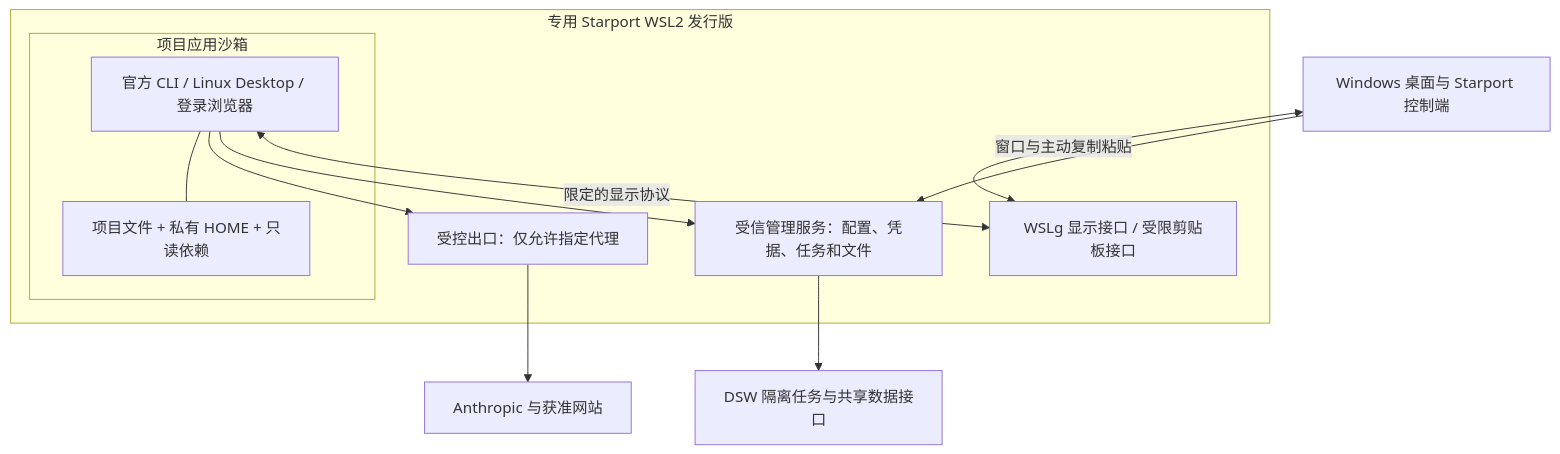
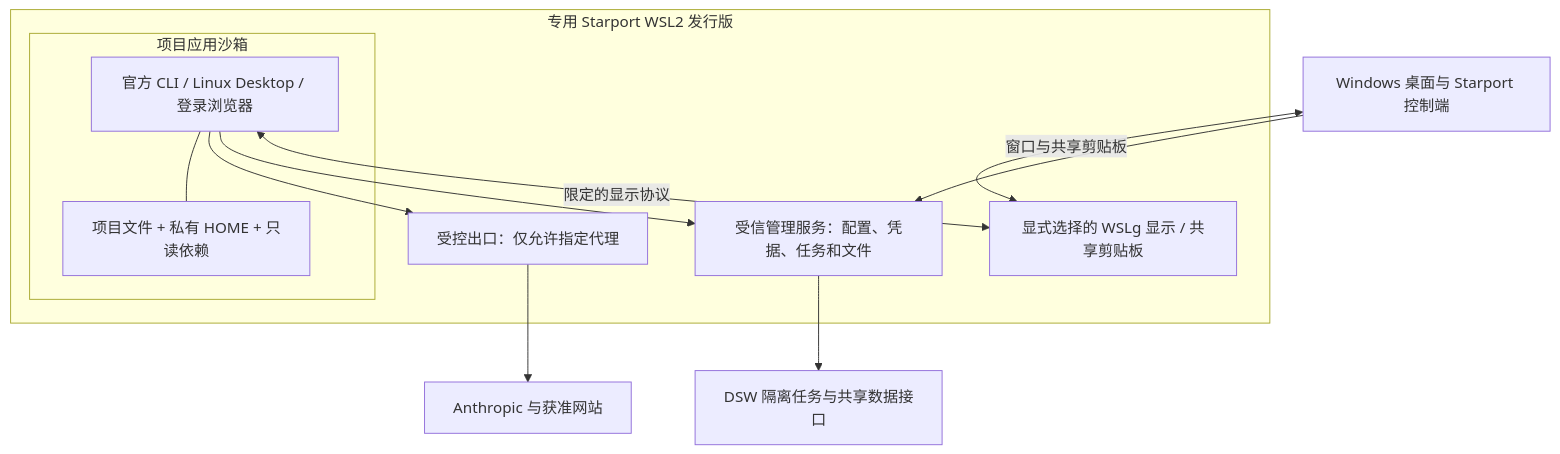
Before and after one commit to HKU-OUGE/starport-next: the diagram in docs/WSL2-ASSESSMENT.md, drawn with Mermaid. The commit also changed other lines of this file and 31 other files, not shown here.

````diff
--- a/docs/WSL2-ASSESSMENT.md
+++ b/docs/WSL2-ASSESSMENT.md
@@ -31,21 +31,21 @@
 ```mermaid
 flowchart TB
   W[Windows 桌面与 Starport 控制端]
   subgraph D[专用 Starport WSL2 发行版]
     C[受信管理服务：配置、凭据、任务和文件]
-    G[WSLg 显示接口 / 受限剪贴板接口]
+    G[显式选择的 WSLg 显示 / 共享剪贴板]
     subgraph A[项目应用沙箱]
       P[官方 CLI / Linux Desktop / 登录浏览器]
       F[项目文件 + 私有 HOME + 只读依赖]
       P --- F
     end
     E[受控出口：仅允许指定代理]
     P --> E
     P --> C
     P <-->|限定的显示协议| G
   end
-  W <-->|窗口与主动复制粘贴| G
+  W <-->|窗口与共享剪贴板| G
   W --> C
   E --> N[Anthropic 与获准网站]
   C --> S[DSW 隔离任务与共享数据接口]
 ```
````
